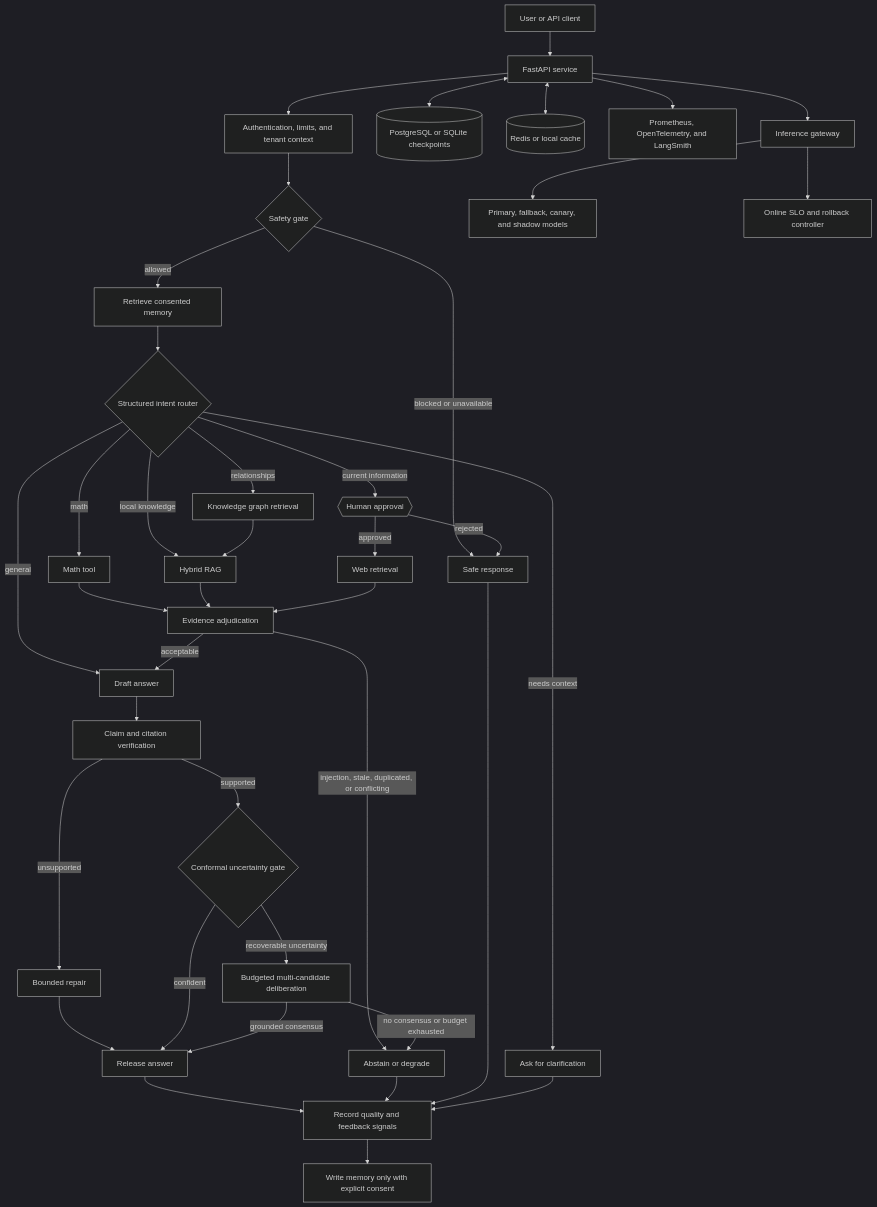
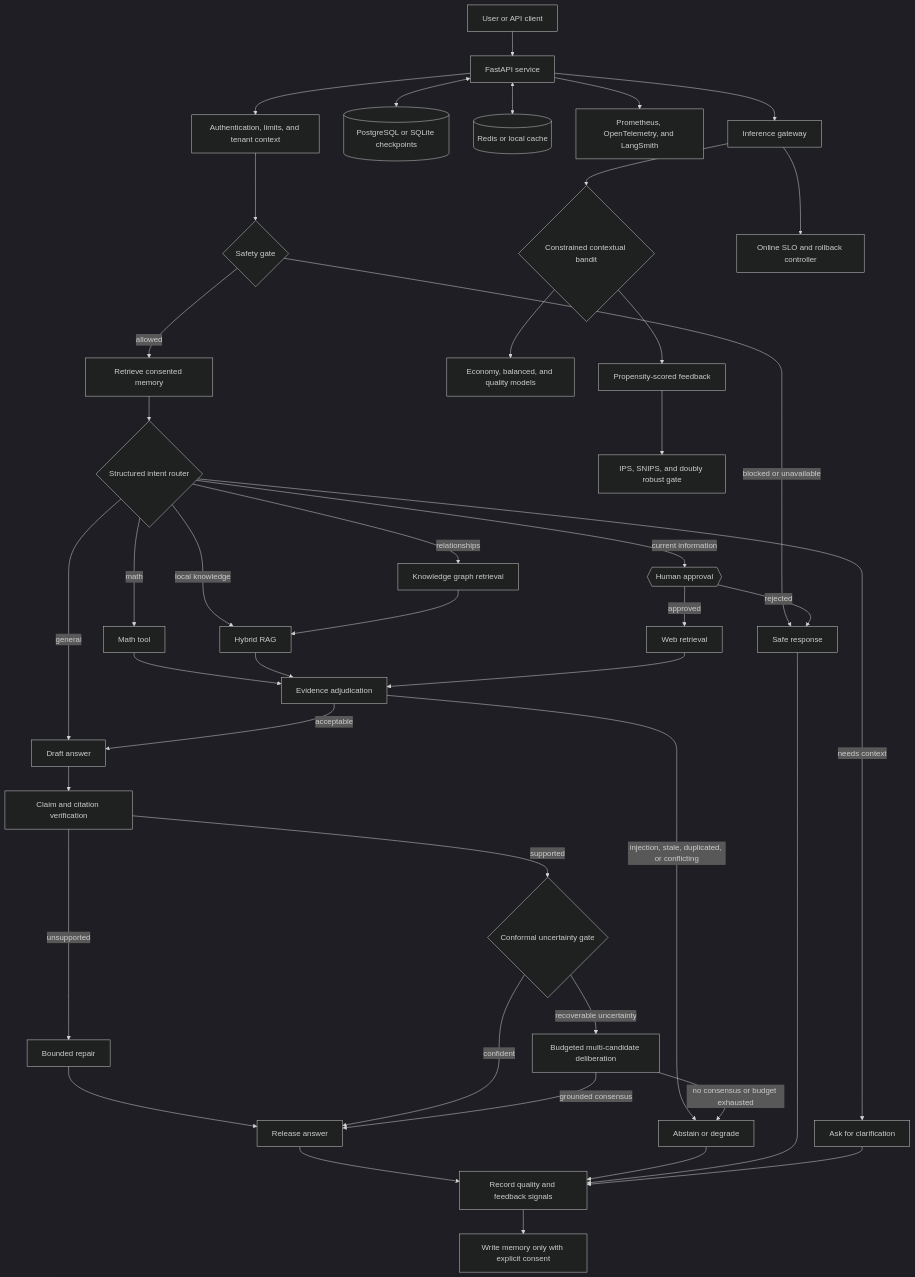
Before and after one commit to Theepankumargandhi/Multi-Agent-Orchestration: the first of 2 diagrams in README.md, drawn with Mermaid (dark theme). The commit also changed other lines of this file and 25 other files, not shown here.

Commit message:
feat: add learned retrieval and contextual bandit routing

````diff
--- a/README.md
+++ b/README.md
@@ -36,48 +36,51 @@
 ```mermaid
 flowchart TD
     User[User or API client] --> API[FastAPI service]
     API --> Auth[Authentication, limits, and tenant context]
     Auth --> Safety{Safety gate}
 
     Safety -->|blocked or unavailable| Stop[Safe response]
     Safety -->|allowed| Memory[Retrieve consented memory]
     Memory --> Router{Structured intent router}
 
     Router -->|needs context| Clarify[Ask for clarification]
     Router -->|math| Math[Math tool]
     Router -->|local knowledge| RAG[Hybrid RAG]
     Router -->|relationships| Graph[Knowledge graph retrieval]
     Router -->|current information| Approval{{Human approval}}
     Router -->|general| Draft[Draft answer]
 
     Approval -->|approved| Web[Web retrieval]
     Approval -->|rejected| Stop
     Graph --> RAG
     Math --> Evidence
     RAG --> Evidence[Evidence adjudication]
     Web --> Evidence
     Evidence -->|injection, stale, duplicated, or conflicting| Abstain[Abstain or degrade]
     Evidence -->|acceptable| Draft
 
     Draft --> Ground[Claim and citation verification]
     Ground -->|unsupported| Repair[Bounded repair]
     Ground -->|supported| Uncertainty{Conformal uncertainty gate}
     Repair --> Final
     Uncertainty -->|confident| Final[Release answer]
     Uncertainty -->|recoverable uncertainty| Compute[Budgeted multi-candidate deliberation]
     Compute -->|grounded consensus| Final
     Compute -->|no consensus or budget exhausted| Abstain
 
     Final --> Evaluate[Record quality and feedback signals]
     Abstain --> Evaluate
     Stop --> Evaluate
     Clarify --> Evaluate
     Evaluate --> WriteMemory[Write memory only with explicit consent]
 
     API <--> State[(PostgreSQL or SQLite checkpoints)]
     API <--> Cache[(Redis or local cache)]
     API --> Telemetry[Prometheus, OpenTelemetry, and LangSmith]
     API --> Gateway[Inference gateway]
-    Gateway --> Models[Primary, fallback, canary, and shadow models]
+    Gateway --> Bandit{Constrained contextual bandit}
+    Bandit --> Models[Economy, balanced, and quality models]
+    Bandit --> Feedback[Propensity-scored feedback]
+    Feedback --> Offline[IPS, SNIPS, and doubly robust gate]
     Gateway --> Online[Online SLO and rollback controller]
 ```
````
